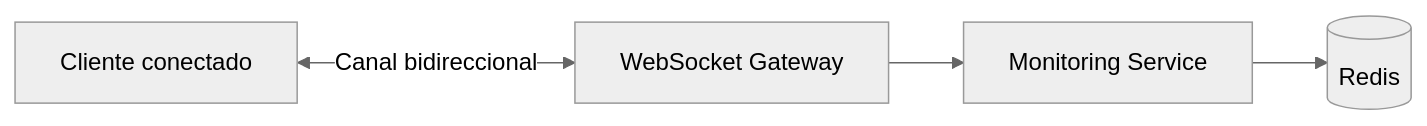
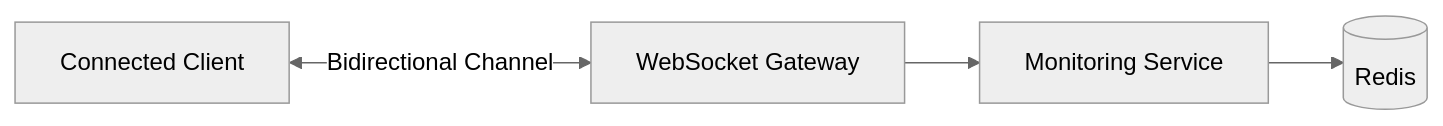
Before and after one commit to migueval/software-engineering: diagram 12 of 29 in Connectivity Strategies in Distributed Systems/ARCHITECTURE.md, drawn with Mermaid (neutral theme). The commit also changed other lines of this file and 19 other files, not shown here.

````diff
--- a/Connectivity Strategies in Distributed Systems/ARCHITECTURE.md
+++ b/Connectivity Strategies in Distributed Systems/ARCHITECTURE.md
@@ -670,12 +670,12 @@
 ```mermaid
 flowchart LR
 
-    CLIENT["Cliente conectado"]
+    CLIENT["Connected Client"]
     WS["WebSocket Gateway"]
     MONITOR["Monitoring Service"]
     REDIS[("Redis")]
 
-    CLIENT <-->|"Canal bidireccional"| WS
+    CLIENT <-->|"Bidirectional Channel"| WS
     WS --> MONITOR
     MONITOR --> REDIS
 ```
````
